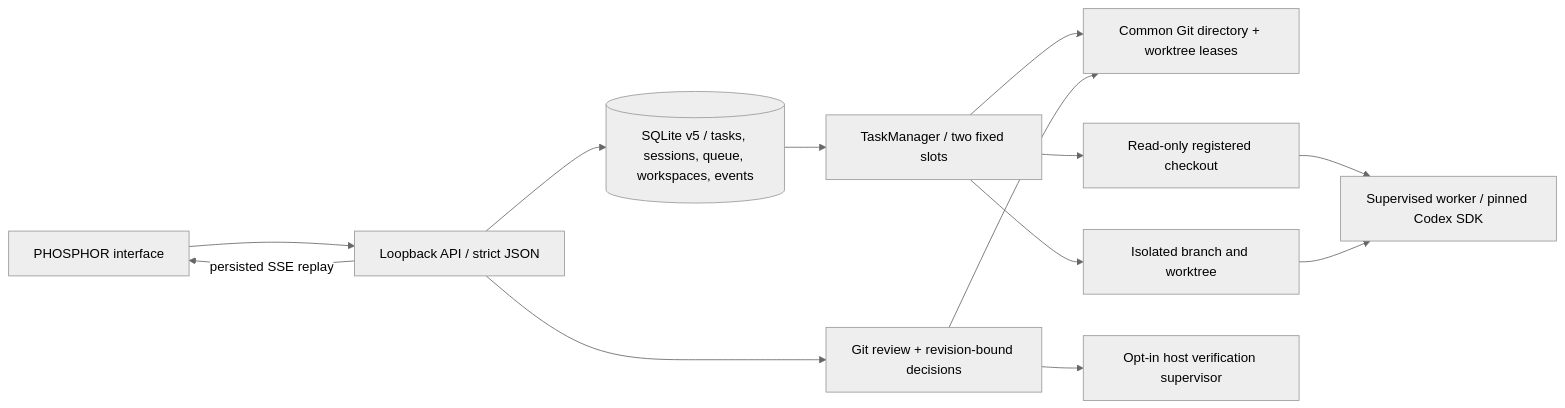
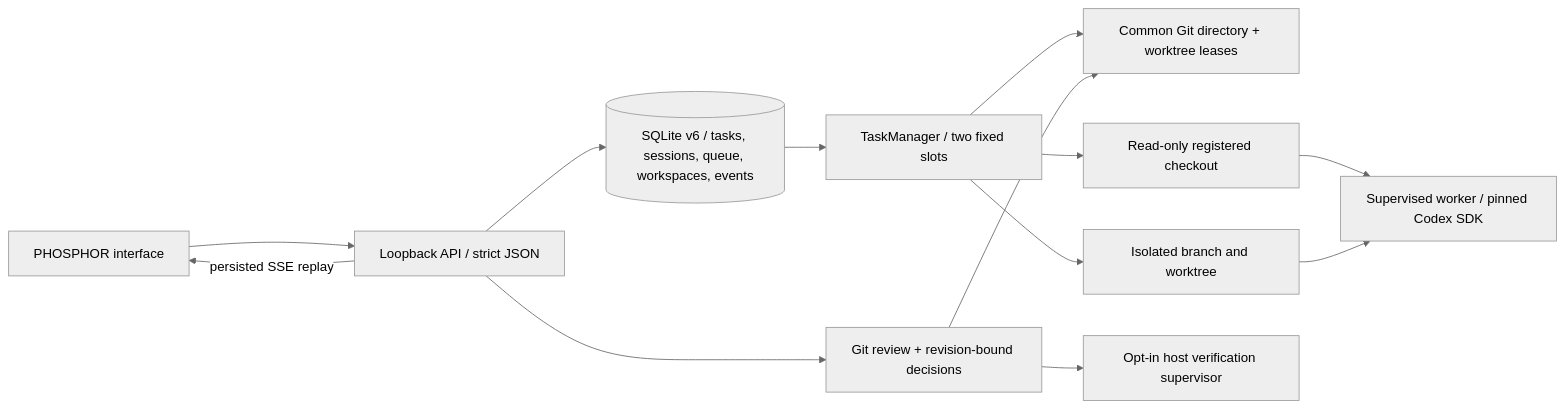
One commit to vlovers/ai-office changed the diagram in docs/ARCHITECTURE.md. Above: the diagram before and after it, drawn with Mermaid (neutral theme). The commit also changed other lines of this file and 29 other files, not shown here.

````diff
--- a/docs/ARCHITECTURE.md
+++ b/docs/ARCHITECTURE.md
@@ -5,15 +5,15 @@
 ```mermaid
 flowchart LR
   UI[PHOSPHOR interface] --> API[Loopback API / strict JSON]
-  API --> Store[(SQLite v5 / tasks, sessions, queue, workspaces, events)]
+  API --> Store[(SQLite v6 / tasks, sessions, queue, workspaces, events)]
   Store --> Manager[TaskManager / two fixed slots]
   Manager --> Leases[Common Git directory + worktree leases]
   Manager --> RO[Read-only registered checkout]
   Manager --> WT[Isolated branch and worktree]
   RO --> Codex[Supervised worker / pinned Codex SDK]
   WT --> Codex
   API --> Review[Git review + revision-bound decisions]
   Review --> Leases
   Review --> Verify[Opt-in host verification supervisor]
   API -->|persisted SSE replay| UI
 ```
````
